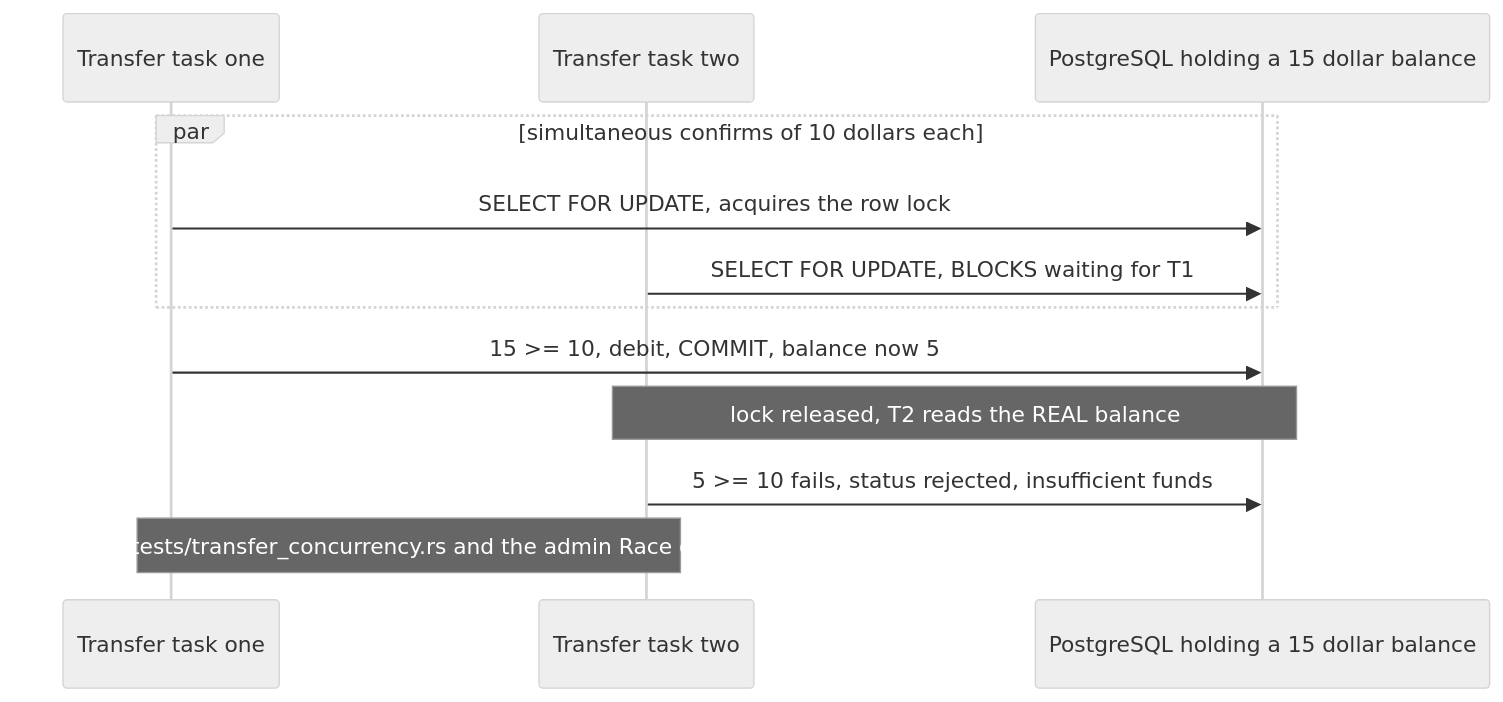
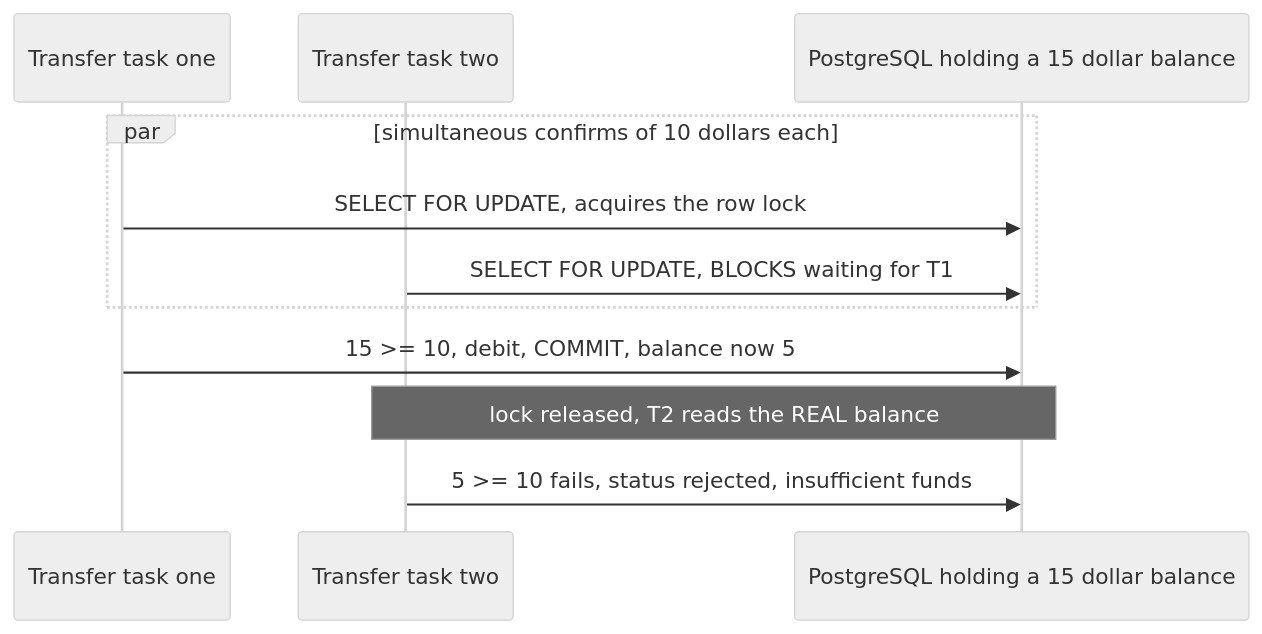
Before and after one commit to cthyuiii/FerroBank: the fifth of 14 diagrams in docs/FLOWS.md, drawn with Mermaid (neutral theme). The commit also changed other lines of this file and 5 other files, not shown here.

````diff
--- a/docs/FLOWS.md
+++ b/docs/FLOWS.md
@@ -131,15 +133,14 @@
 ```mermaid
 sequenceDiagram
     participant T1 as Transfer task one
     participant T2 as Transfer task two
     participant P as PostgreSQL holding a 15 dollar balance
 
     par simultaneous confirms of 10 dollars each
         T1->>P: SELECT FOR UPDATE, acquires the row lock
         T2->>P: SELECT FOR UPDATE, BLOCKS waiting for T1
     end
     T1->>P: 15 >= 10, debit, COMMIT, balance now 5
     Note over T2,P: lock released, T2 reads the REAL balance
     T2->>P: 5 >= 10 fails, status rejected, insufficient funds
-    Note over T1,T2: proven by tests/transfer_concurrency.rs and the admin Race demo page
 ```
````
